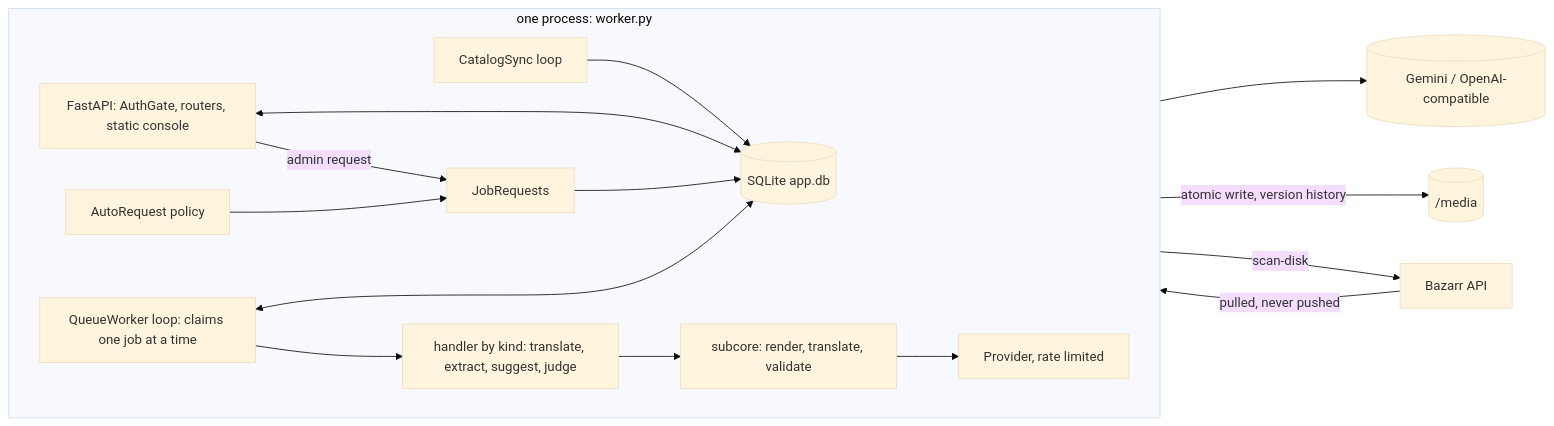
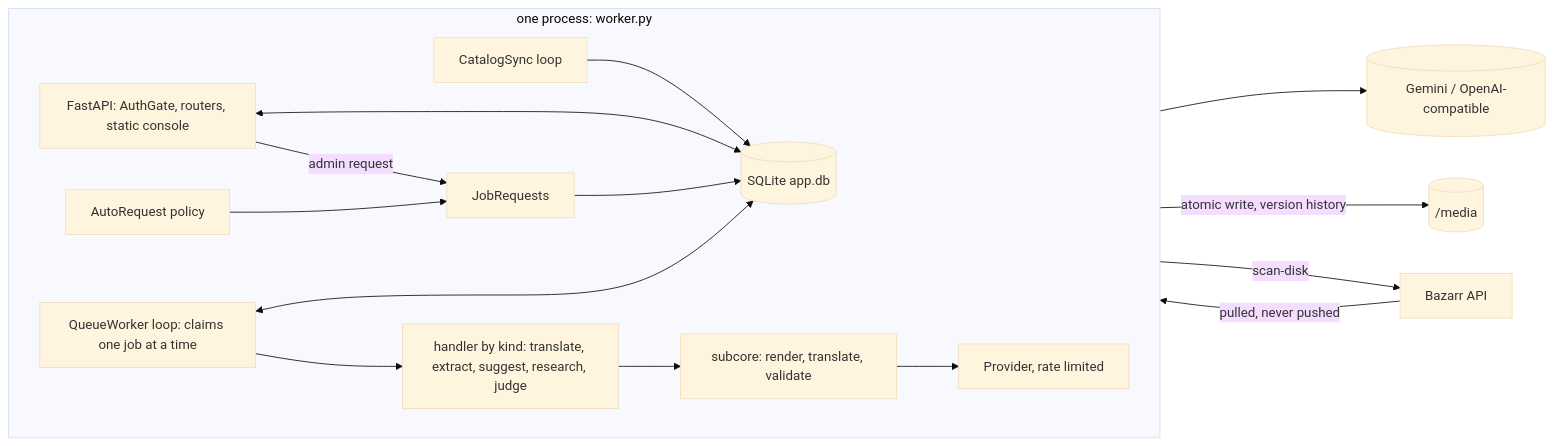
Before and after one commit to tamvcspk/llm-subtitle-translator: the diagram in docs/ARCHITECTURE.md, drawn with Mermaid (base theme). The commit also changed other lines of this file and 57 other files, not shown here.

````diff
--- a/docs/ARCHITECTURE.md
+++ b/docs/ARCHITECTURE.md
@@ -22,20 +22,20 @@
 ```mermaid
 flowchart LR
   BZ[Bazarr API]
   subgraph P[one process: worker.py]
     direction LR
     CS[CatalogSync loop] --> DB[(SQLite app.db)]
     API[FastAPI: AuthGate, routers, static console] <--> DB
     API -->|admin request| JR[JobRequests]
     POL[AutoRequest policy] --> JR
     JR --> DB
     Q[QueueWorker loop: claims one job at a time] <--> DB
-    Q --> H[handler by kind: translate, extract, suggest, judge]
+    Q --> H[handler by kind: translate, extract, suggest, research, judge]
     H --> SC[subcore: render, translate, validate]
     SC --> PR[Provider, rate limited]
   end
   BZ -->|pulled, never pushed| CS
   PR --> LLM[(Gemini / OpenAI-compatible)]
   H -->|atomic write, version history| MEDIA[(/media)]
   H -->|scan-disk| BZ
 ```
````
